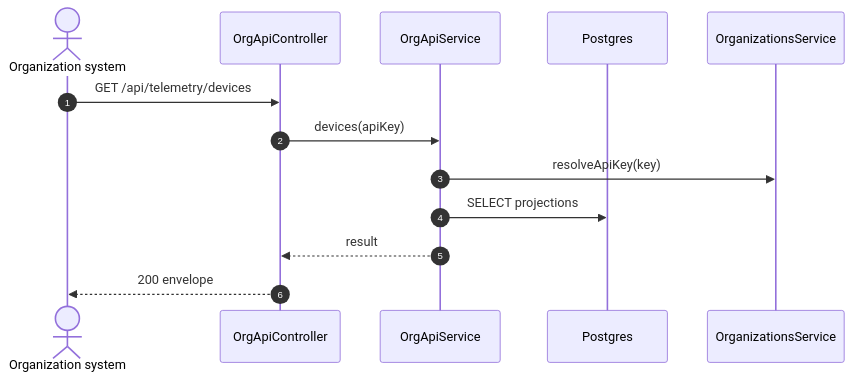
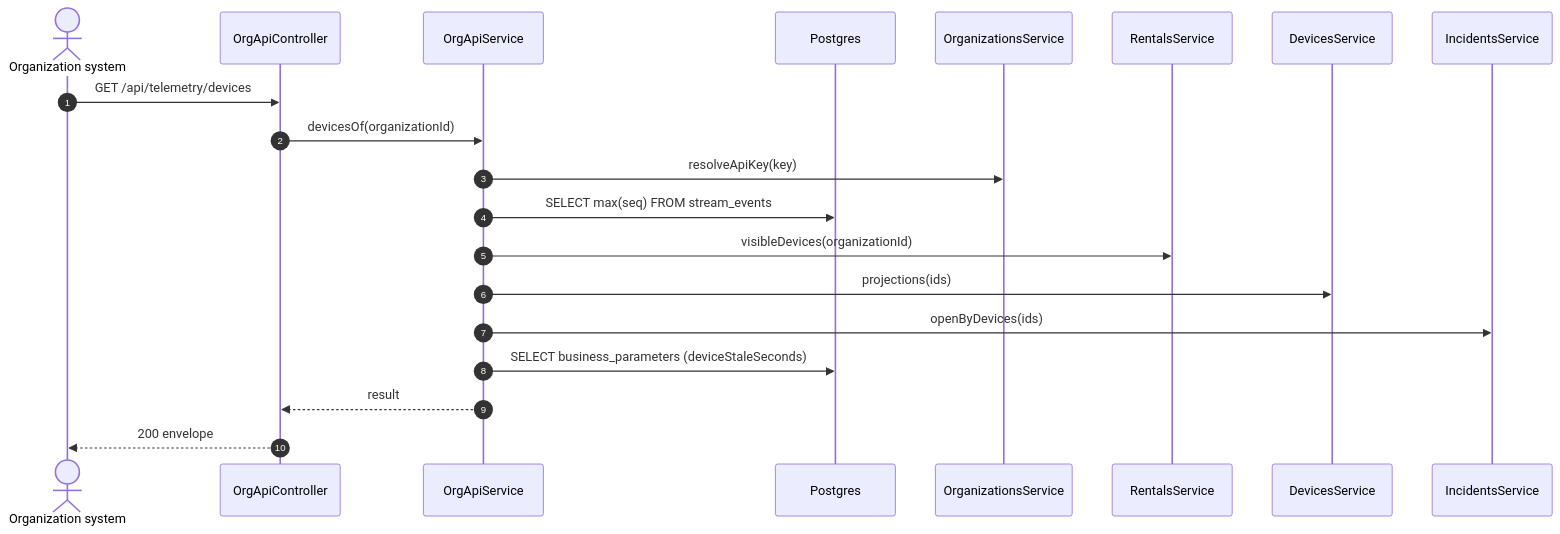
One commit to TrekLink-Team/treklink-web changed the second of 2 diagrams in specs/monitoring/api-design/04-get-telemetry-devices.md. Above: the diagram before and after it, drawn with Mermaid. The commit also changed other lines of this file and 6 other files, not shown here.

First line of the commit message:
docs: specify the custody clip on the organization API

````diff
--- a/specs/monitoring/api-design/04-get-telemetry-devices.md
+++ b/specs/monitoring/api-design/04-get-telemetry-devices.md
@@ -171,15 +189,22 @@
 ```mermaid
 sequenceDiagram
     autonumber
     actor C as Organization system
     participant Ctl as OrgApiController
     participant Svc as OrgApiService
     participant DB as Postgres
     participant Org as OrganizationsService
+    participant Rent as RentalsService
+    participant Dev as DevicesService
+    participant Inc as IncidentsService
     C->>Ctl: GET /api/telemetry/devices
-    Ctl->>Svc: devices(apiKey)
+    Ctl->>Svc: devicesOf(organizationId)
     Svc->>Org: resolveApiKey(key)
-    Svc->>DB: SELECT projections
+    Svc->>DB: SELECT max(seq) FROM stream_events
+    Svc->>Rent: visibleDevices(organizationId)
+    Svc->>Dev: projections(ids)
+    Svc->>Inc: openByDevices(ids)
+    Svc->>DB: SELECT business_parameters (deviceStaleSeconds)
     Svc-->>Ctl: result
     Ctl-->>C: 200 envelope
 ```
````
